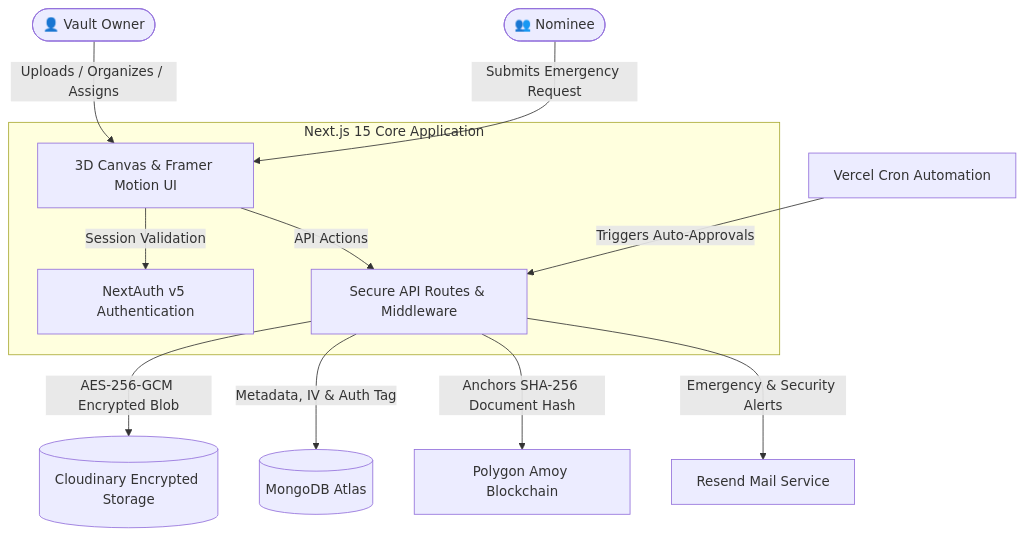
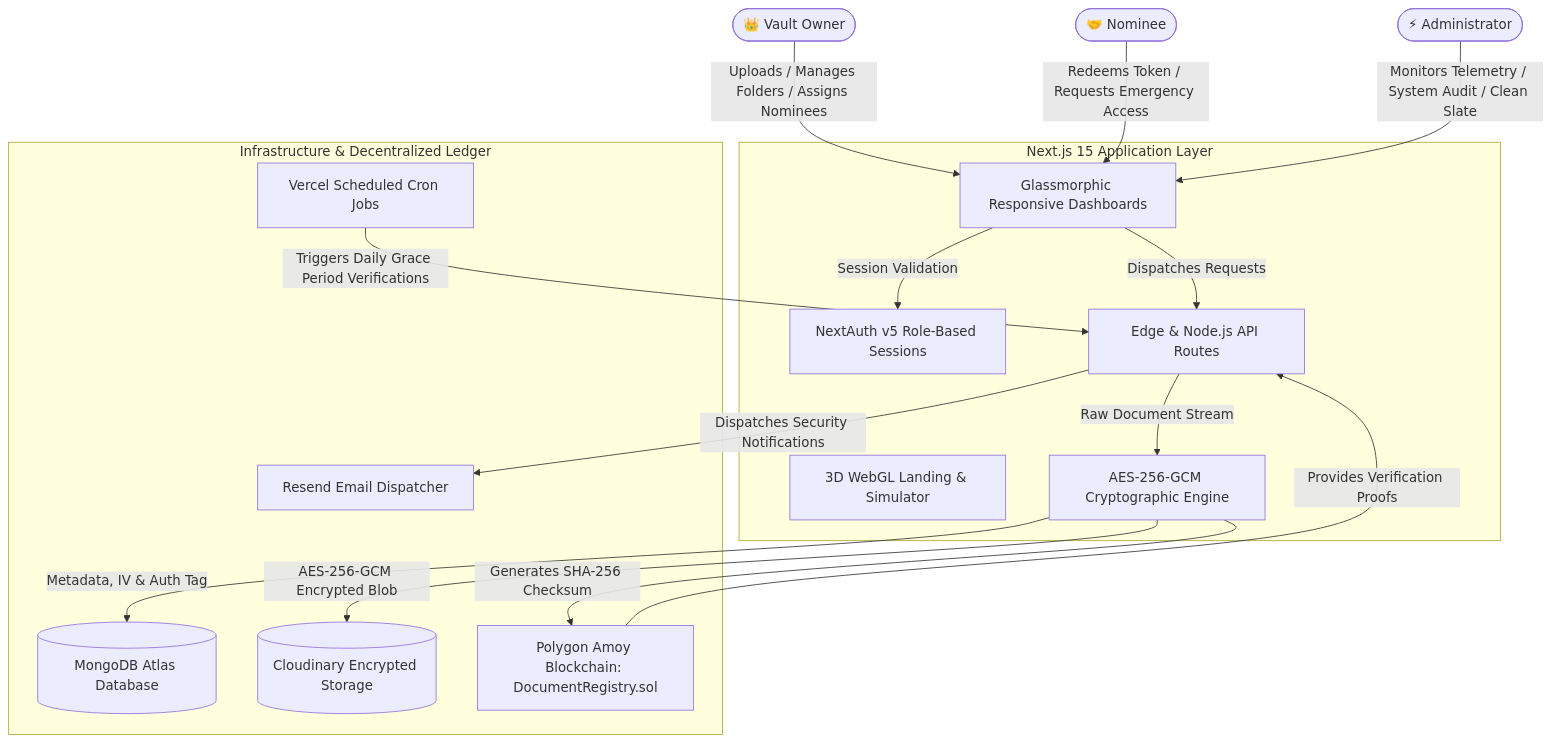
Before and after one commit to Dharani94873/Digital-Legacy-and-Emergency-Access-Vault: the diagram in README.md, drawn with Mermaid. The commit also changed other lines of this file, not shown here.

Commit message:
docs: enrich README with complete cryptographic lifecycle, 3-persona architecture, API reference, and live deployment details

````diff
--- a/README.md
+++ b/README.md
@@ -63,33 +84,44 @@
 ```mermaid
 graph TD
     %% Actors
-    Owner([👤 Vault Owner])
-    Nominee([👥 Nominee])
+    Owner([👑 Vault Owner])
+    Nominee([🤝 Nominee])
+    Admin([⚡ Administrator])
 
-    %% NextJS Layer
-    subgraph NextJS [Next.js 15 Core Application]
-        UI[3D Canvas & Framer Motion UI]
-        API[Secure API Routes & Middleware]
-        Auth[NextAuth v5 Authentication]
+    %% Next.js Layer
+    subgraph NextJS [Next.js 15 Application Layer]
+        Landing[3D WebGL Landing & Simulator]
+        UI[Glassmorphic Responsive Dashboards]
+        Auth[NextAuth v5 Role-Based Sessions]
+        API[Edge & Node.js API Routes]
+        CryptoEngine[AES-256-GCM Cryptographic Engine]
     end
 
-    %% Storage & Ledgers
-    DB[(MongoDB Atlas)]
-    Cloud[(Cloudinary Encrypted Storage)]
-    Polygon[Polygon Amoy Blockchain]
-    Resend[Resend Mail Service]
-    Cron[Vercel Cron Automation]
+    %% External Infrastructure
+    subgraph Storage & Ledger [Infrastructure & Decentralized Ledger]
+        Mongo[(MongoDB Atlas Database)]
+        Cloud[(Cloudinary Encrypted Storage)]
+        Polygon[Polygon Amoy Blockchain: DocumentRegistry.sol]
+        ResendService[Resend Email Dispatcher]
+        CronJob[Vercel Scheduled Cron Jobs]
+    end
 
-    %% Flow lines
-    Owner -->|Uploads / Organizes / Assigns| UI
-    Nominee -->|Submits Emergency Request| UI
+    %% Interactions
+    Owner -->|Uploads / Manages Folders / Assigns Nominees| UI
+    Nominee -->|Redeems Token / Requests Emergency Access| UI
+    Admin -->|Monitors Telemetry / System Audit / Clean Slate| UI
+    
     UI -->|Session Validation| Auth
-    UI -->|API Actions| API
-    
-    %% API Operations
-    API -->|AES-256-GCM Encrypted Blob| Cloud
-    API -->|Metadata, IV & Auth Tag| DB
-    API -->|Anchors SHA-256 Document Hash| Polygon
-    API -->|Emergency & Security Alerts| Resend
-    Cron -->|Triggers Auto-Approvals| API
+    UI -->|Dispatches Requests| API
+
+    %% Cryptographic & Processing Flow
+    API -->|Raw Document Stream| CryptoEngine
+    CryptoEngine -->|Generates SHA-256 Checksum| Polygon
+    CryptoEngine -->|AES-256-GCM Encrypted Blob| Cloud
+    CryptoEngine -->|Metadata, IV & Auth Tag| Mongo
+
+    %% Automated Signals
+    API -->|Dispatches Security Notifications| ResendService
+    CronJob -->|Triggers Daily Grace Period Verifications| API
+    Polygon -->|Provides Verification Proofs| API
 ```
````
